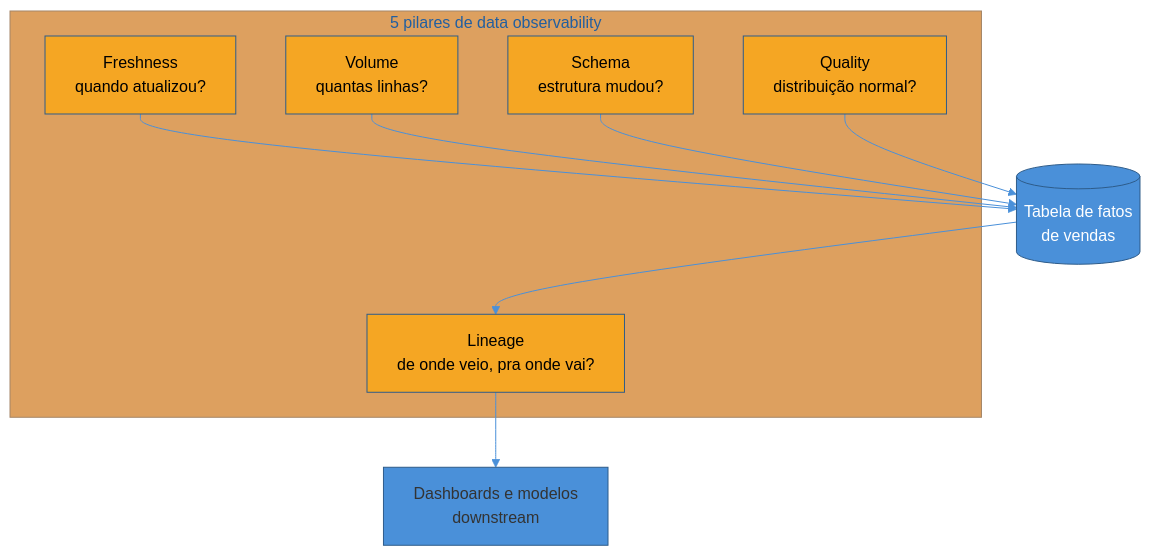
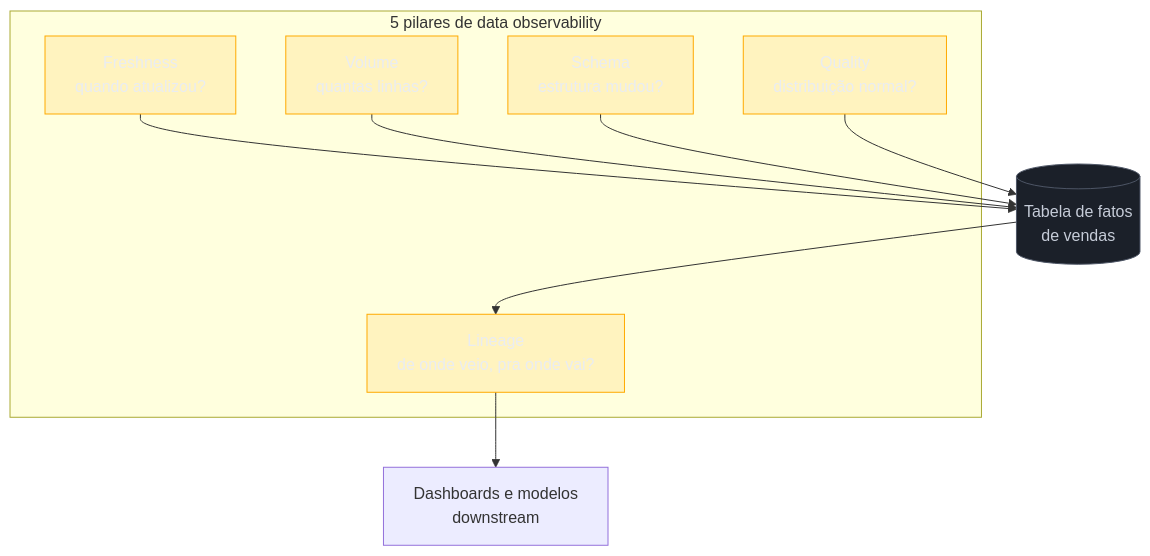
Before and after one commit to josenaldo/codex-technomanticus: the diagram in 03-Dominios/Engenharia/Dados/4 - Qualidade, governança e organização/01 - Qualidade e observabilidade de dados.md, drawn with Mermaid. The commit also changed 1181 other files, not shown here.

First line of the commit message:
fix(diagramas): paleta do sistema no lugar de cor cravada no markdown

````diff
--- a/03-Dominios/Engenharia/Dados/4 - Qualidade, governança e organização/01 - Qualidade e observabilidade de dados.md
+++ b/03-Dominios/Engenharia/Dados/4 - Qualidade, governança e organização/01 - Qualidade e observabilidade de dados.md
@@ -104,25 +104,26 @@
 ```mermaid
-%%{init: {"theme": "base", "themeVariables": {"primaryColor": "#4A90D9", "primaryBorderColor": "#2E5C8A", "lineColor": "#4A90D9"}}}%%
 graph TB
+    classDef neutro fill:#1B2029,stroke:#4E5666,color:#C6CCD8
+    classDef destaque fill:#FFAA0024,stroke:#FFAA00,color:#E9ECF2
     subgraph Pilares["5 pilares de data observability"]
         F["Freshness<br/>quando atualizou?"]
         V["Volume<br/>quantas linhas?"]
         S["Schema<br/>estrutura mudou?"]
         Q["Quality<br/>distribuição normal?"]
         L["Lineage<br/>de onde veio, pra onde vai?"]
     end
 
     F --> Tab[("Tabela de fatos<br/>de vendas")]
     V --> Tab
     S --> Tab
     Q --> Tab
     Tab --> L
     L --> Down["Dashboards e modelos<br/>downstream"]
 
-    style Tab fill:#4A90D9,color:#fff
-    style F fill:#F5A623,color:#000
-    style V fill:#F5A623,color:#000
-    style S fill:#F5A623,color:#000
-    style Q fill:#F5A623,color:#000
-    style L fill:#F5A623,color:#000
+    class Tab neutro
+    class F destaque
+    class V destaque
+    class S destaque
+    class Q destaque
+    class L destaque
 ```
````
